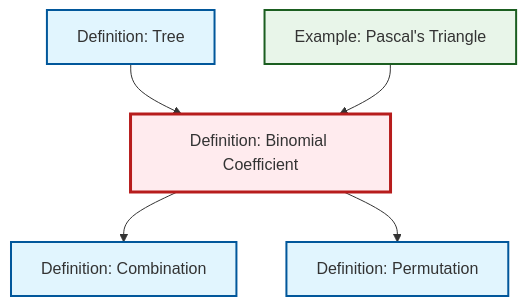
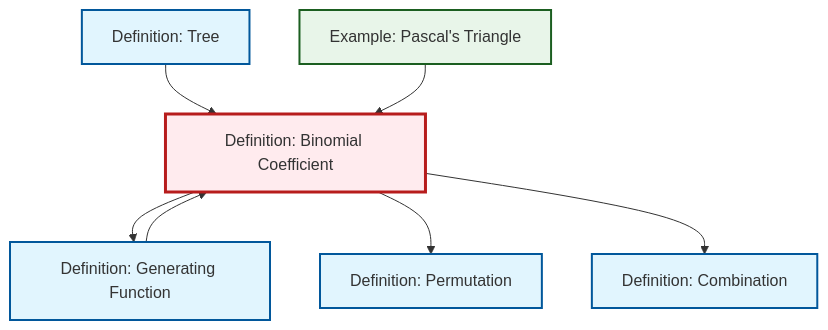
One commit to RK0429/ModernMath changed the diagram in content/ja/combinatorics/def-binomial-coefficient.qmd. Above: the diagram before and after it, drawn with Mermaid. The commit also changed 531 other files, not shown here.

````diff
--- a/content/ja/combinatorics/def-binomial-coefficient.qmd
+++ b/content/ja/combinatorics/def-binomial-coefficient.qmd
@@ -67,23 +67,27 @@
 ```{mermaid}
 %%| fig-cap: "Local dependency graph"
 graph TD
     classDef definition fill:#e1f5fe,stroke:#01579b,stroke-width:2px
     classDef theorem fill:#f3e5f5,stroke:#4a148c,stroke-width:2px
     classDef axiom fill:#fff3e0,stroke:#e65100,stroke-width:2px
     classDef example fill:#e8f5e9,stroke:#1b5e20,stroke-width:2px
     classDef current fill:#ffebee,stroke:#b71c1c,stroke-width:3px
-    def-combination["Definition: Combination"]:::definition
-    def-tree["Definition: Tree"]:::definition
     ex-pascals-triangle["Example: Pascal's Triangle"]:::example
     def-binomial-coefficient["Definition: Binomial Coefficient"]:::definition
     def-permutation["Definition: Permutation"]:::definition
+    def-generating-function["Definition: Generating Function"]:::definition
+    def-tree["Definition: Tree"]:::definition
+    def-combination["Definition: Combination"]:::definition
+    def-binomial-coefficient --> def-generating-function
+    def-binomial-coefficient --> def-permutation
     def-tree --> def-binomial-coefficient
     def-binomial-coefficient --> def-combination
     ex-pascals-triangle --> def-binomial-coefficient
-    def-binomial-coefficient --> def-permutation
+    def-generating-function --> def-binomial-coefficient
     class def-binomial-coefficient current
-    click def-combination "def-combination.html" "Definition: Combinationへ"
-    click def-tree "def-tree.html" "Definition: Treeへ"
     click ex-pascals-triangle "ex-pascals-triangle.html" "Example: Pascal's Triangleへ"
     click def-permutation "def-permutation.html" "Definition: Permutationへ"
+    click def-generating-function "def-generating-function.html" "Definition: Generating Functionへ"
+    click def-tree "def-tree.html" "Definition: Treeへ"
+    click def-combination "def-combination.html" "Definition: Combinationへ"
 ```
````
